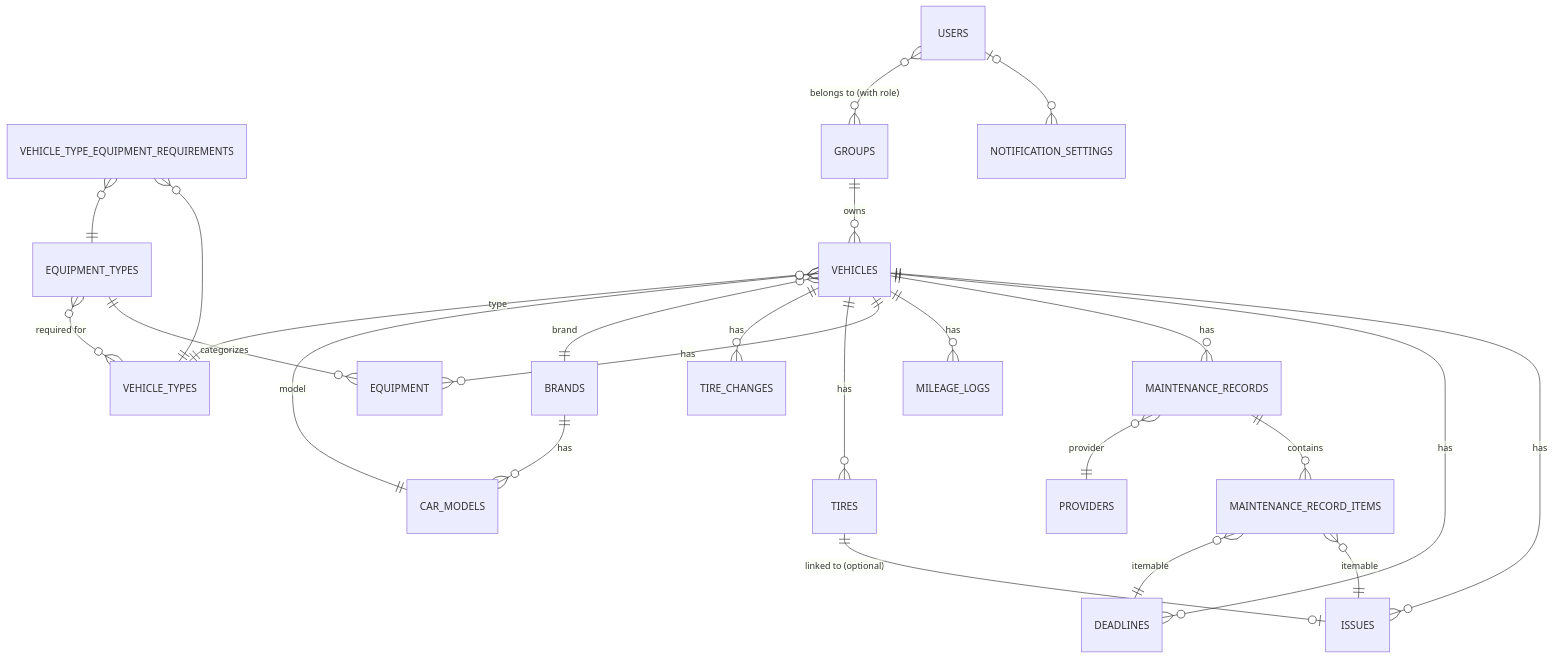
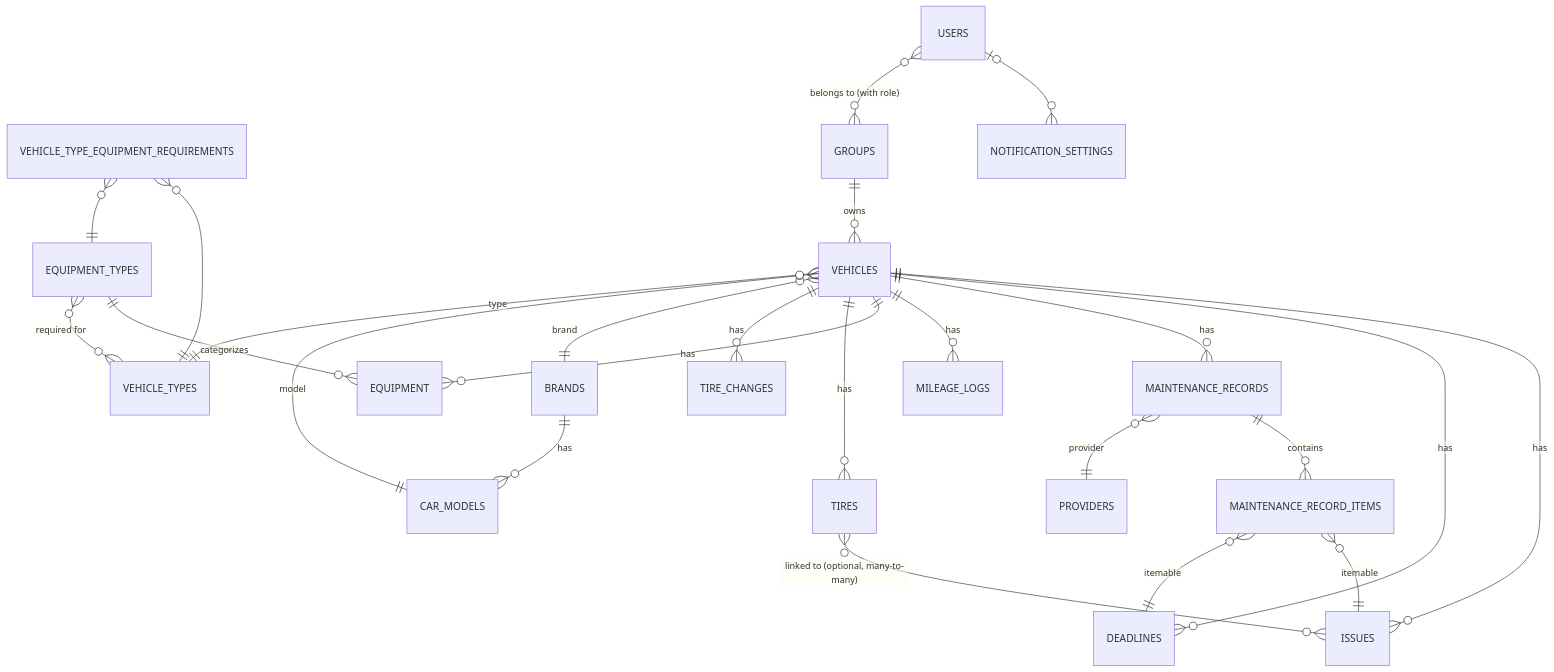
The diagram in README.md (mirkobechini/CV_Backoffice), drawn with Mermaid before and after one commit. The commit also changed other lines of this file and 1 other file, not shown here.

First line of the commit message:
docs: reflect multi-tire issues, equipment collaudo and scheduler setup

````diff
--- a/README.md
+++ b/README.md
@@ -156,34 +156,34 @@
 ```mermaid
 erDiagram
     %% Vehicles and records
     VEHICLES ||--o{ ISSUES : "has"
     VEHICLES ||--o{ DEADLINES : "has"
     VEHICLES ||--o{ MAINTENANCE_RECORDS : "has"
     VEHICLES ||--o{ MILEAGE_LOGS : "has"
     VEHICLES ||--o{ EQUIPMENT : "has"
     VEHICLES ||--o{ TIRES : "has"
     VEHICLES ||--o{ TIRE_CHANGES : "has"
-    TIRES ||--o| ISSUES : "linked to (optional)"
+    TIRES }o--o{ ISSUES : "linked to (optional, many-to-many)"
     VEHICLES }o--|| BRANDS : "brand"
     VEHICLES }o--|| CAR_MODELS : "model"
     VEHICLES }o--|| VEHICLE_TYPES : "type"
 
     BRANDS ||--o{ CAR_MODELS : "has"
 
     EQUIPMENT_TYPES ||--o{ EQUIPMENT : "categorizes"
     EQUIPMENT_TYPES }o--o{ VEHICLE_TYPES : "required for"
 
     VEHICLE_TYPE_EQUIPMENT_REQUIREMENTS }o--|| VEHICLE_TYPES : ""
     VEHICLE_TYPE_EQUIPMENT_REQUIREMENTS }o--|| EQUIPMENT_TYPES : ""
 
     %% Polymorphic maintenance
     MAINTENANCE_RECORDS ||--o{ MAINTENANCE_RECORD_ITEMS : "contains"
     MAINTENANCE_RECORD_ITEMS }o--|| ISSUES : "itemable"
     MAINTENANCE_RECORD_ITEMS }o--|| DEADLINES : "itemable"
     MAINTENANCE_RECORDS }o--|| PROVIDERS : "provider"
 
     %% Users and configuration
     USERS |o--o{ NOTIFICATION_SETTINGS : ""
     USERS }o--o{ GROUPS : "belongs to (with role)"
     GROUPS ||--o{ VEHICLES : "owns"
 ```
````
